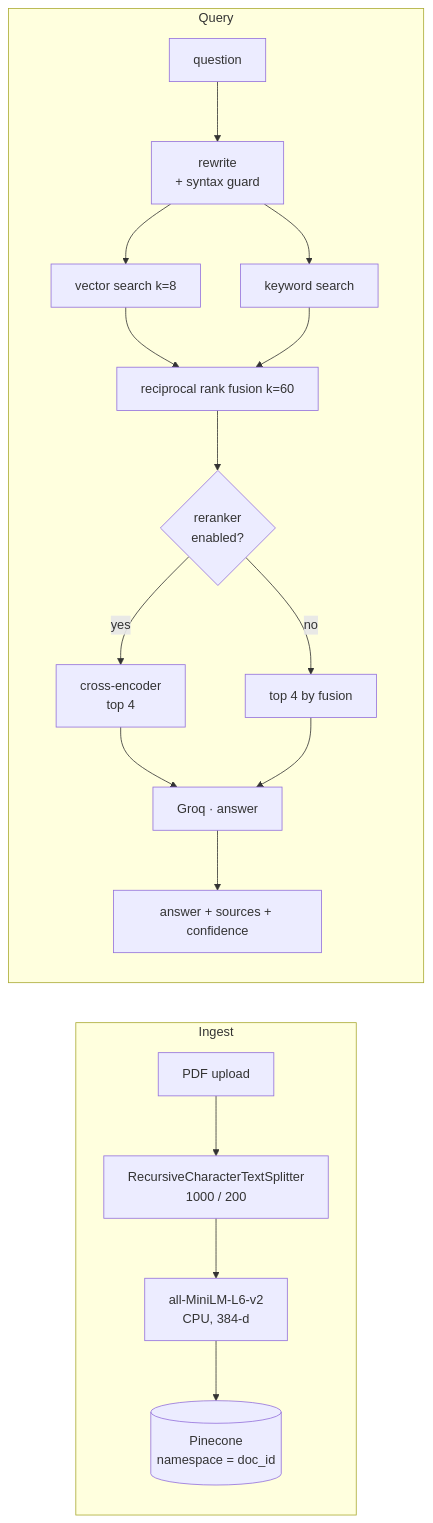
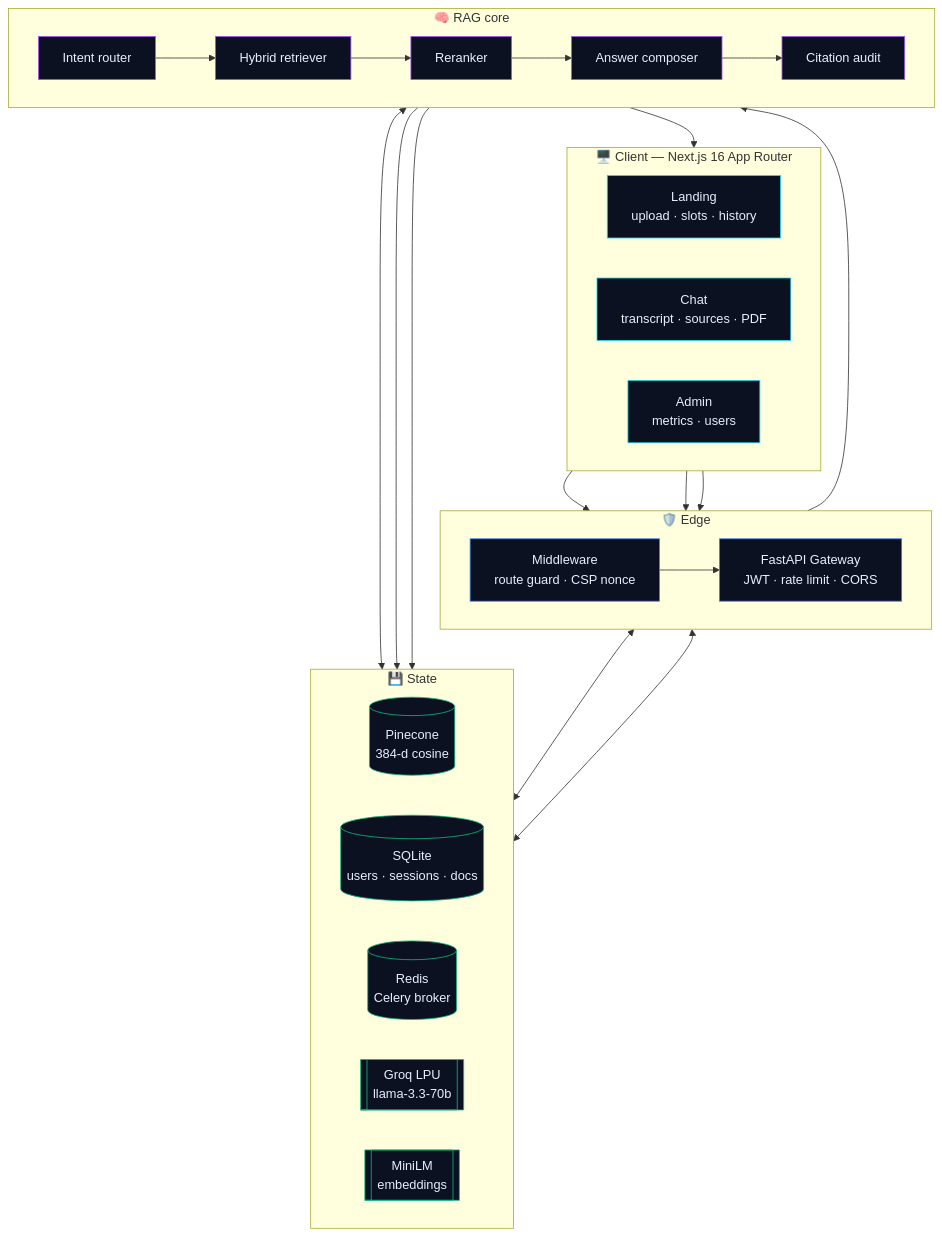
Before and after one commit to sheikhayaan/DOCMIND-AI: the first of 8 diagrams in README.md, drawn with Mermaid. The commit also changed other lines of this file and 8 other files, not shown here.

First line of the commit message:
docs: full README with generated architecture, pipeline, donut, histogram and tree figures

````diff
--- a/README.md
+++ b/README.md
@@ -25,21 +147,55 @@
 ```mermaid
-flowchart LR
-    subgraph Ingest
-        PDF[PDF upload] --> CH[RecursiveCharacterTextSplitter<br/>1000 / 200]
-        CH --> EMB[all-MiniLM-L6-v2<br/>CPU, 384-d]
-        EMB --> PC[("Pinecone<br/>namespace = doc_id")]
+flowchart TB
+    subgraph CLIENT["🖥️ Client — Next.js 16 App Router"]
+        direction LR
+        L[Landing<br/>upload · slots · history]
+        C[Chat<br/>transcript · sources · PDF]
+        A[Admin<br/>metrics · users]
     end
-    subgraph Query
-        Q[question] --> RW[rewrite<br/>+ syntax guard]
-        RW --> VS[vector search k=8]
-        RW --> KW[keyword search]
-        VS --> RRF[reciprocal rank fusion k=60]
-        KW --> RRF
-        RRF --> RR{reranker<br/>enabled?}
-        RR -->|yes| CE[cross-encoder<br/>top 4]
-        RR -->|no| T4[top 4 by fusion]
-        CE --> GEN[Groq · answer]
-        T4 --> GEN
-        GEN --> OUT[answer + sources + confidence]
+
+    subgraph EDGE["🛡️ Edge"]
+        direction LR
+        MW[Middleware<br/>route guard · CSP nonce]
+        API[FastAPI Gateway<br/>JWT · rate limit · CORS]
     end
+
+    subgraph CORE["🧠 RAG core"]
+        direction LR
+        R[Intent router]
+        RET[Hybrid retriever]
+        RR[Reranker]
+        CMP[Answer composer]
+        AUD[Citation audit]
+    end
+
+    subgraph STATE["💾 State"]
+        direction LR
+        PC[(Pinecone<br/>384-d cosine)]
+        SQ[(SQLite<br/>users · sessions · docs)]
+        RD[(Redis<br/>Celery broker)]
+        GQ[[Groq LPU<br/>llama-3.3-70b]]
+        ML[[MiniLM<br/>embeddings]]
+    end
+
+    L --> MW
+    C --> MW
+    A --> MW
+    MW --> API
+    API --> R
+    R --> RET --> RR --> CMP --> AUD
+    RET <--> PC
+    RET --> ML
+    CMP --> GQ
+    API <--> SQ
+    API <--> RD
+    AUD --> C
+
+    classDef c fill:#0b1120,stroke:#22d3ee,color:#e8eefc
+    classDef e fill:#0b1120,stroke:#3b82f6,color:#e8eefc
+    classDef r fill:#0b1120,stroke:#a855f7,color:#e8eefc
+    classDef s fill:#0b1120,stroke:#10b981,color:#e8eefc
+    class L,C,A c
+    class MW,API e
+    class R,RET,RR,CMP,AUD r
+    class PC,SQ,RD,GQ,ML s
 ```
````
